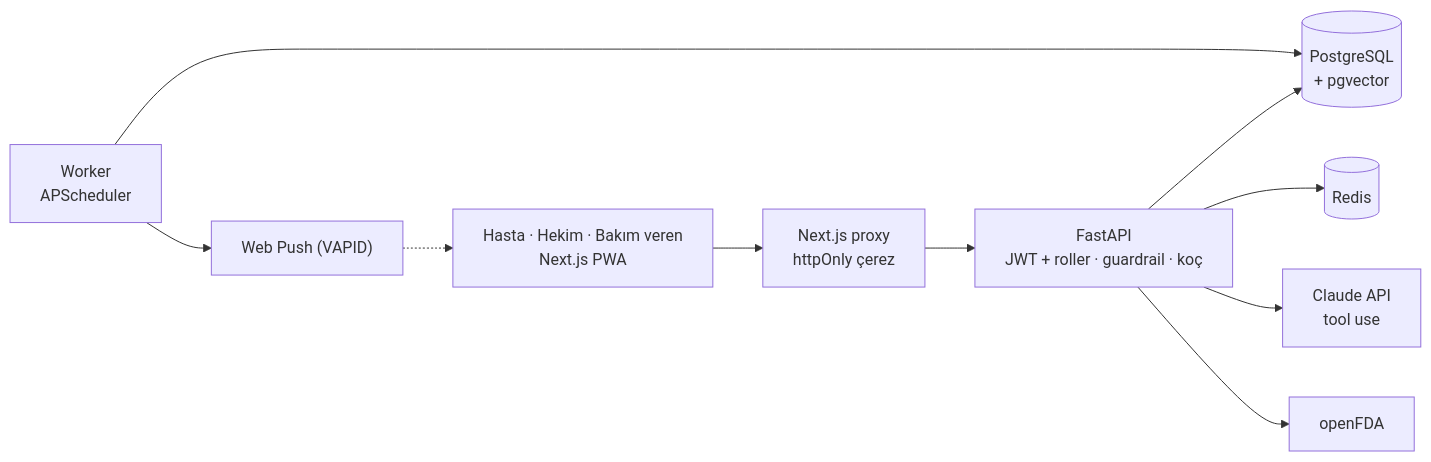
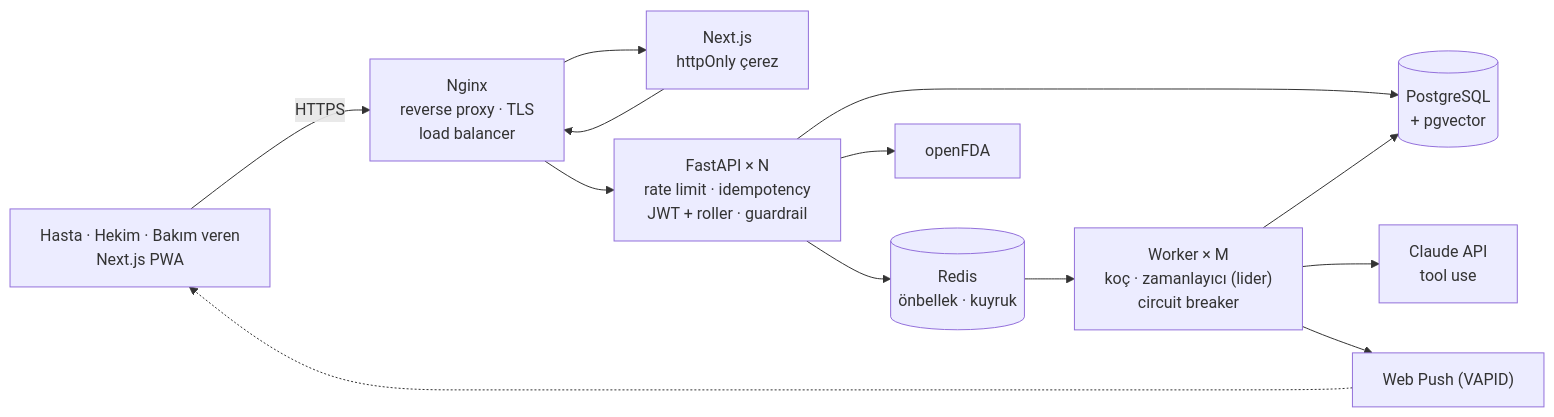
The diagram in README.md (Nisagwn/ilac-uyum-kocu), drawn with Mermaid before and after one commit. The commit also changed other lines of this file and 1 other file, not shown here.

Commit message:
README: mimari özet diyagramı ve öne çıkan backend özellikleri güncellendi

````diff
--- a/README.md
+++ b/README.md
@@ -36,11 +43,13 @@
 ```mermaid
 flowchart LR
-    U["Hasta · Hekim · Bakım veren<br/>Next.js PWA"] --> PX["Next.js proxy<br/>httpOnly çerez"]
-    PX --> API["FastAPI<br/>JWT + roller · guardrail · koç"]
+    U["Hasta · Hekim · Bakım veren<br/>Next.js PWA"] -- HTTPS --> NGX["Nginx<br/>reverse proxy · TLS<br/>load balancer"]
+    NGX --> PX["Next.js<br/>httpOnly çerez"] --> NGX
+    NGX --> API["FastAPI × N<br/>rate limit · idempotency<br/>JWT + roller · guardrail"]
     API --> DB[("PostgreSQL<br/>+ pgvector")]
-    API --> RD[("Redis")]
-    API --> LLM["Claude API<br/>tool use"]
+    API --> RD[("Redis<br/>önbellek · kuyruk")]
     API --> FDA["openFDA"]
-    WK["Worker<br/>APScheduler"] --> DB
+    RD --> WK["Worker × M<br/>koç · zamanlayıcı (lider)<br/>circuit breaker"]
+    WK --> LLM["Claude API<br/>tool use"]
+    WK --> DB
     WK --> WP["Web Push (VAPID)"] -.-> U
 ```
````
